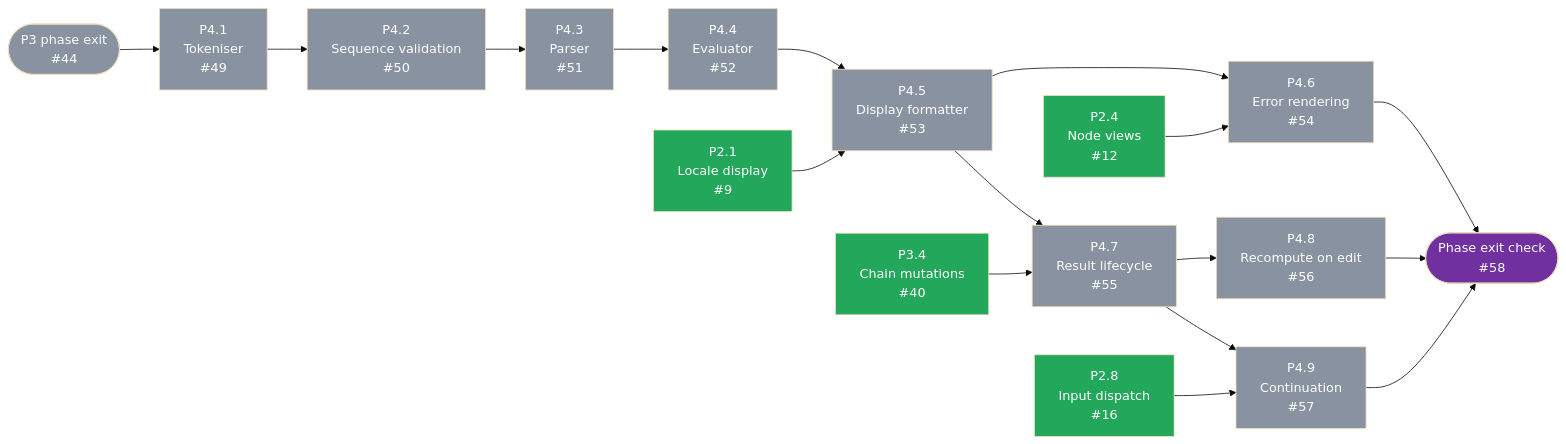
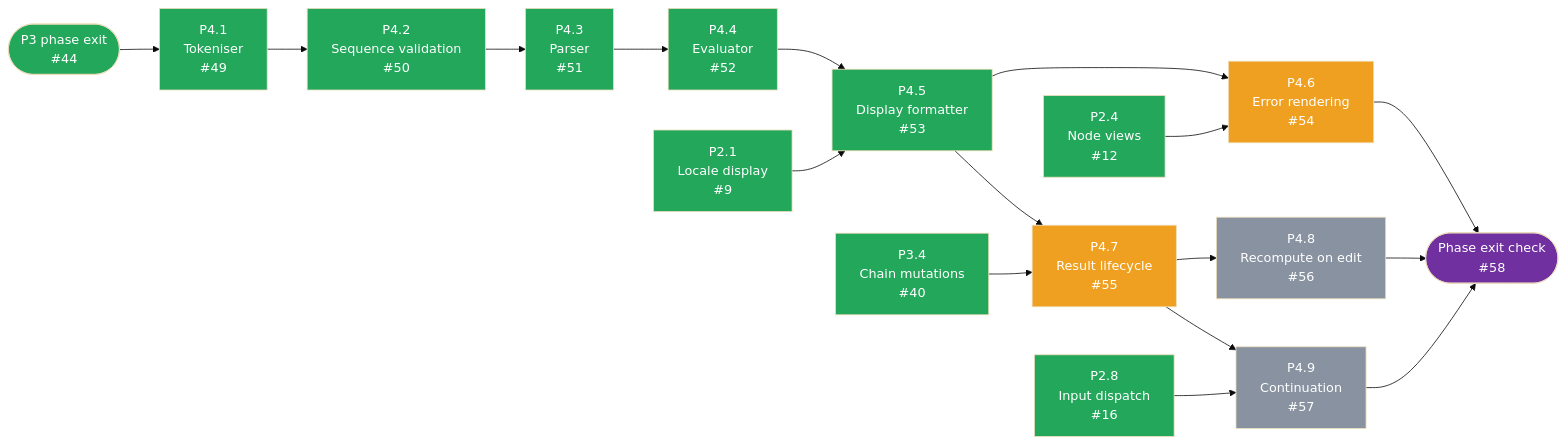
Before and after one commit to tousifosman/CalcMind: the third of 3 diagrams in docs/DEVELOPMENT_PLAN.md, drawn with Mermaid (base theme). The commit also changed other lines of this file and 12 other files, not shown here.

````diff
--- a/docs/DEVELOPMENT_PLAN.md
+++ b/docs/DEVELOPMENT_PLAN.md
@@ -499,51 +499,51 @@
 ```mermaid
 flowchart LR
     P3EXIT(["P3 phase exit<br/>#44"])
     P21["P2.1<br/>Locale display<br/>#9"]
     P24["P2.4<br/>Node views<br/>#12"]
     P28["P2.8<br/>Input dispatch<br/>#16"]
     P34["P3.4<br/>Chain mutations<br/>#40"]
     P41["P4.1<br/>Tokeniser<br/>#49"]
     P42["P4.2<br/>Sequence validation<br/>#50"]
     P43["P4.3<br/>Parser<br/>#51"]
     P44["P4.4<br/>Evaluator<br/>#52"]
     P45["P4.5<br/>Display formatter<br/>#53"]
     P46["P4.6<br/>Error rendering<br/>#54"]
     P47["P4.7<br/>Result lifecycle<br/>#55"]
     P48["P4.8<br/>Recompute on edit<br/>#56"]
     P49["P4.9<br/>Continuation<br/>#57"]
     EXIT(["Phase exit check<br/>#58"])
 
     P3EXIT --> P41
     P41 --> P42
     P42 --> P43
     P43 --> P44
     P44 --> P45
     P21 --> P45
     P45 --> P46
     P24 --> P46
     P45 --> P47
     P34 --> P47
     P47 --> P48
     P47 --> P49
     P28 --> P49
     P46 --> EXIT
     P48 --> EXIT
     P49 --> EXIT
 
-    style P3EXIT fill:#8892A0,color:#fff
+    style P3EXIT fill:#22A75B,color:#fff
     style P21 fill:#22A75B,color:#fff
     style P24 fill:#22A75B,color:#fff
     style P28 fill:#22A75B,color:#fff
     style P34 fill:#22A75B,color:#fff
-    style P41 fill:#8892A0,color:#fff
-    style P42 fill:#8892A0,color:#fff
-    style P43 fill:#8892A0,color:#fff
-    style P44 fill:#8892A0,color:#fff
-    style P45 fill:#8892A0,color:#fff
-    style P46 fill:#8892A0,color:#fff
-    style P47 fill:#8892A0,color:#fff
+    style P41 fill:#22A75B,color:#fff
+    style P42 fill:#22A75B,color:#fff
+    style P43 fill:#22A75B,color:#fff
+    style P44 fill:#22A75B,color:#fff
+    style P45 fill:#22A75B,color:#fff
+    style P46 fill:#F0A020,color:#fff
+    style P47 fill:#F0A020,color:#fff
     style P48 fill:#8892A0,color:#fff
     style P49 fill:#8892A0,color:#fff
     style EXIT fill:#7030A0,color:#fff
 ```
````
